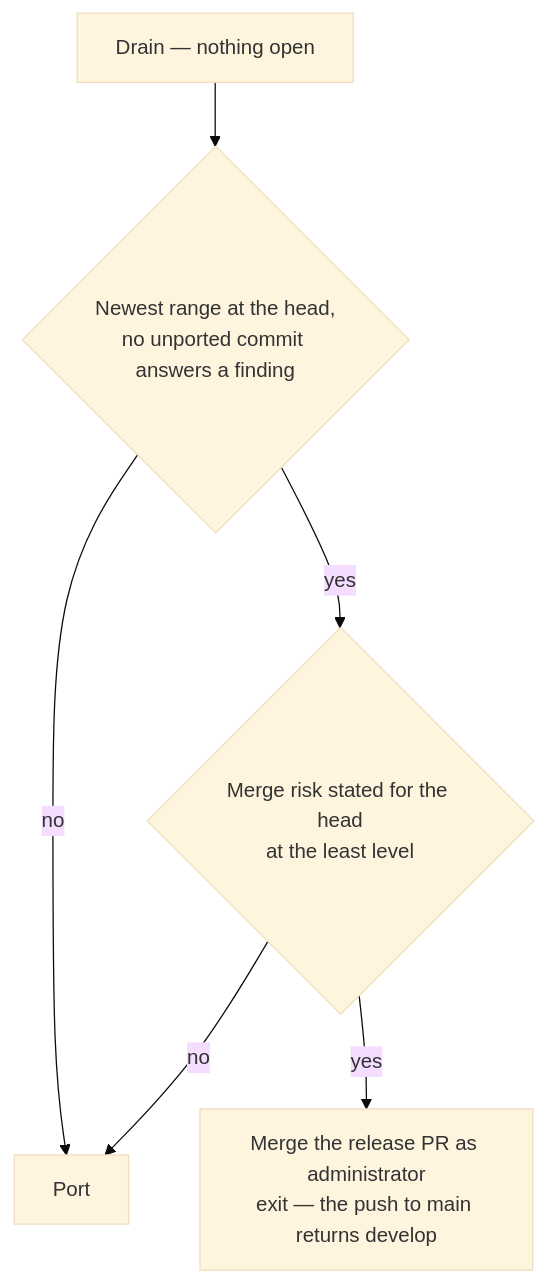
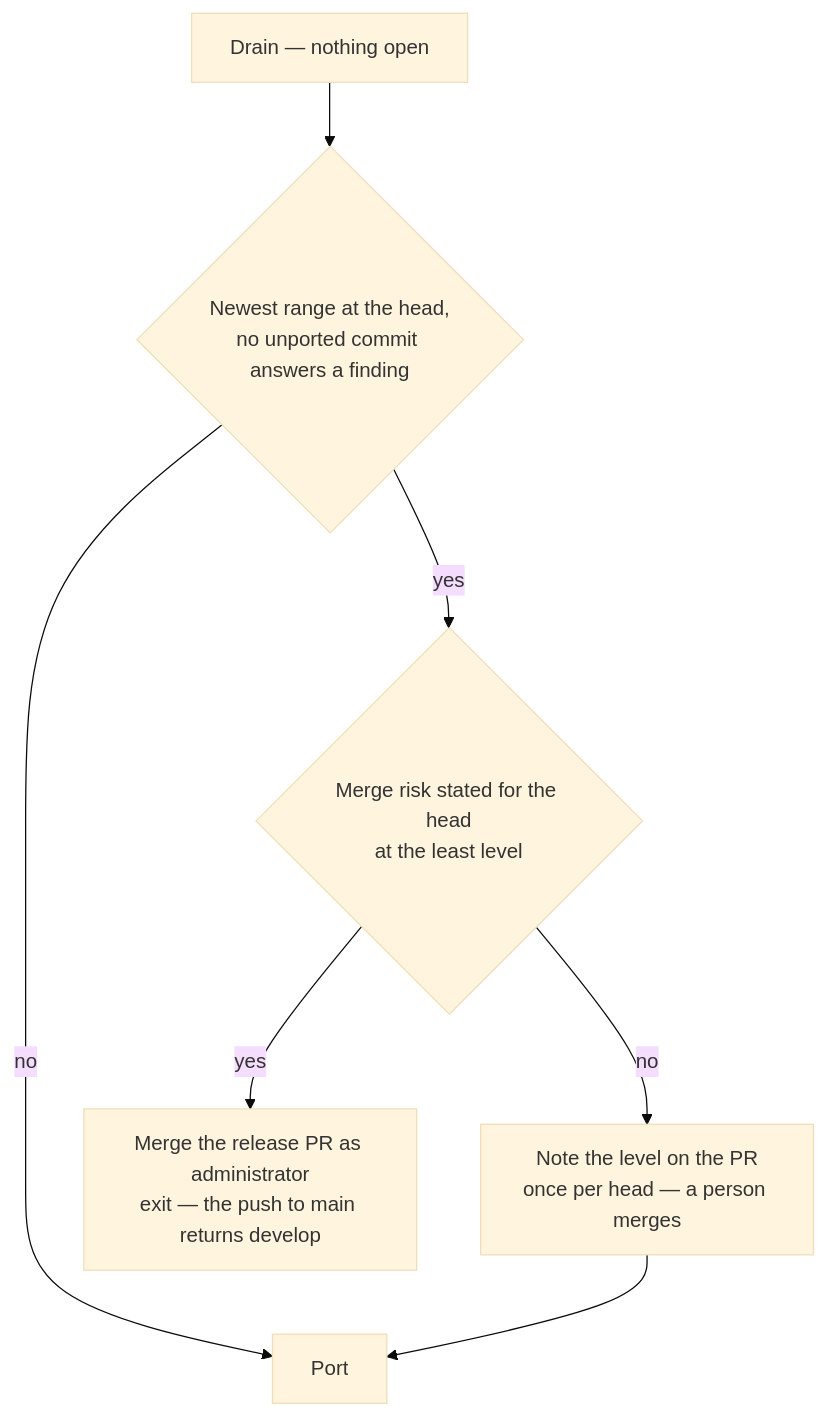
Before and after one commit to Esposter/Esposter: the third of 4 diagrams in apps/web/content/docs/infra/review-collector/collection-cycle.md, drawn with Mermaid (base theme). The commit also changed other lines of this file and 9 other files, not shown here.

First line of the commit message:
fix(coderabbit): a held first commit and a clean review rated above the least risk are each told once where a person reads

````diff
--- a/apps/web/content/docs/infra/review-collector/collection-cycle.md
+++ b/apps/web/content/docs/infra/review-collector/collection-cycle.md
@@ -89,8 +89,8 @@
 ```mermaid
 flowchart TD
   D[Drain — nothing open] --> CL{Newest range at the head,<br/>no unported commit answers a finding}
   CL -->|no| P[Port]
   CL -->|yes| MR{Merge risk stated for the head<br/>at the least level}
-  MR -->|no| P
+  MR -->|no| RN[Note the level on the PR<br/>once per head — a person merges] --> P
   MR -->|yes| MG[Merge the release PR as administrator<br/>exit — the push to main returns develop]
 ```
````
